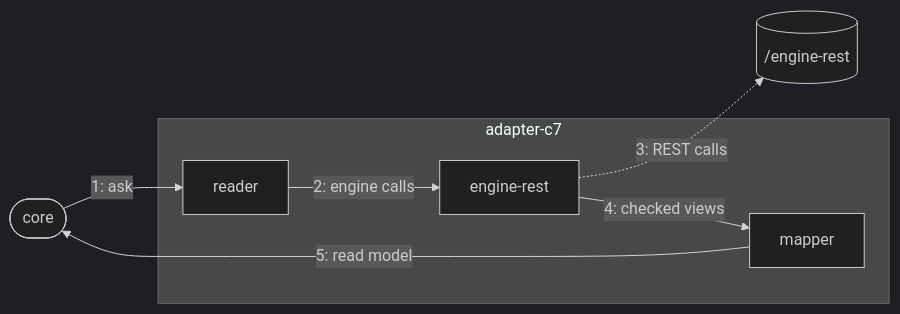
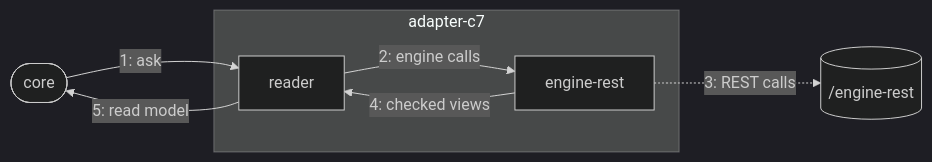
The diagram in apps/vscode/src/adapters/c7/README.md (Miragon/pulse), drawn with Mermaid (dark theme) before and after one commit. The commit also changed other lines of this file and 43 other files, not shown here.

````diff
--- a/apps/vscode/src/adapters/c7/README.md
+++ b/apps/vscode/src/adapters/c7/README.md
@@ -13,14 +13,13 @@
 ```mermaid
 flowchart LR
   core(["core"])
   subgraph adapter ["adapter-c7"]
     reader["reader"]
-    mapper["mapper"]
     rest["engine-rest"]
   end
   core -- "1: ask" --> reader
   reader -- "2: engine calls" --> rest
   rest -. "3: REST calls" .-> engine[("/engine-rest")]
-  rest -- "4: checked views" --> mapper
-  mapper -- "5: read model" --> core
+  rest -- "4: checked views" --> reader
+  reader -- "5: read model" --> core
 ```
````
